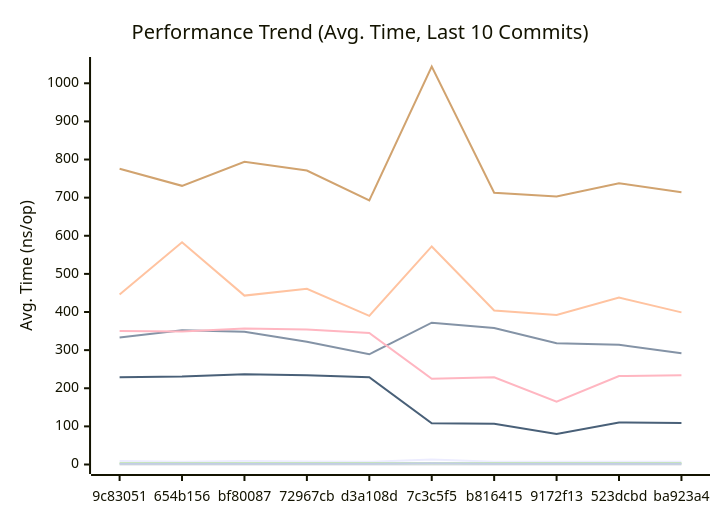
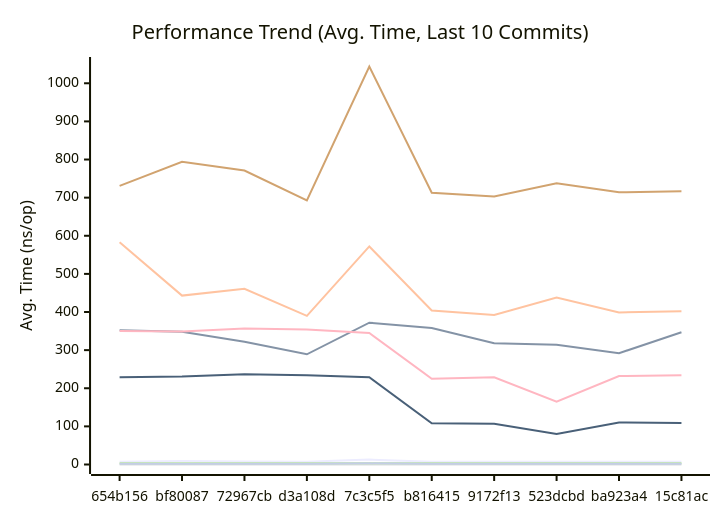
Before and after one commit to alsotoes/momo: the first of 3 diagrams in docs/PERFORMANCE.md, drawn with Mermaid. The commit also changed other lines of this file and 2 other files, not shown here.

````diff
--- a/docs/PERFORMANCE.md
+++ b/docs/PERFORMANCE.md
@@ -80,16 +80,16 @@
 ```mermaid
 xychart-beta
     title "Performance Trend (Avg. Time, Last 10 Commits)"
     x-axis "Commit"
     y-axis "Avg. Time (ns/op)"
-    x-axis [9c83051,654b156,bf80087,72967cb,d3a108d,7c3c5f5,b816415,9172f13,523dcbd,ba923a4]
-    line "CheckMetricsAndSwap" [9,7,9,8,7,13,7,7,7,7]
-    line "CrushOptimized" [333,352,348,322,289,372,358,318,314,292]
-    line "CrushOriginal" [446,583,443,461,390,572,404,392,438,399]
+    x-axis [654b156,bf80087,72967cb,d3a108d,7c3c5f5,b816415,9172f13,523dcbd,ba923a4,15c81ac]
+    line "CheckMetricsAndSwap" [7,9,8,7,13,7,7,7,7,7]
+    line "CrushOptimized" [352,348,322,289,372,358,318,314,292,347]
+    line "CrushOriginal" [583,443,461,390,572,404,392,438,399,402]
     line "IndexDirectTracking" [0,0,0,0,0,0,0,0,0,0]
     line "IndexSearch" [3,3,3,3,3,3,3,3,3,3]
-    line "LoadGlobalConfig" [776,731,794,771,693,1044,713,703,738,714]
-    line "PadString" [2,2,2,2,2,3,2,2,2,2]
+    line "LoadGlobalConfig" [731,794,771,693,1044,713,703,738,714,717]
+    line "PadString" [2,2,2,2,3,2,2,2,2,2]
     line "ParseReplicationOrder_NoPrealloc" [350,349,357,354,345,225,229,165,232,234]
     line "ParseReplicationOrder_Prealloc" [229,231,237,234,229,108,107,80,110,109]
 ```
````
